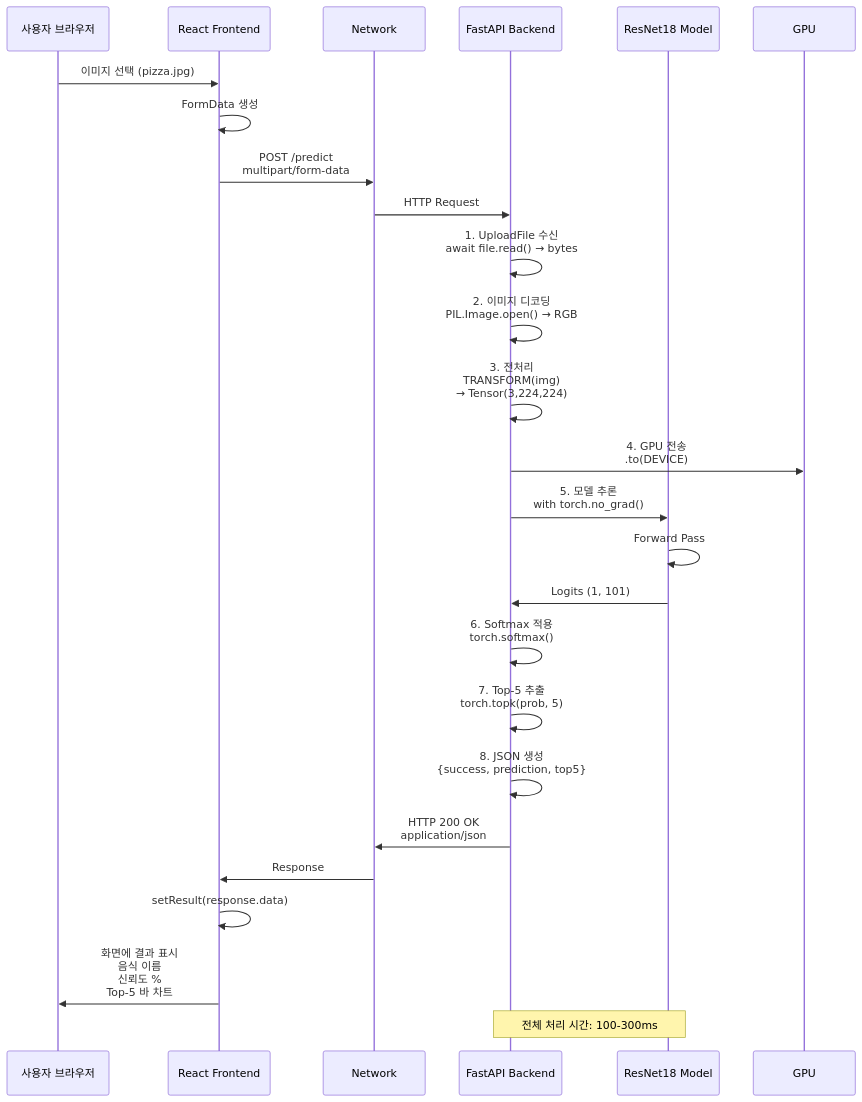
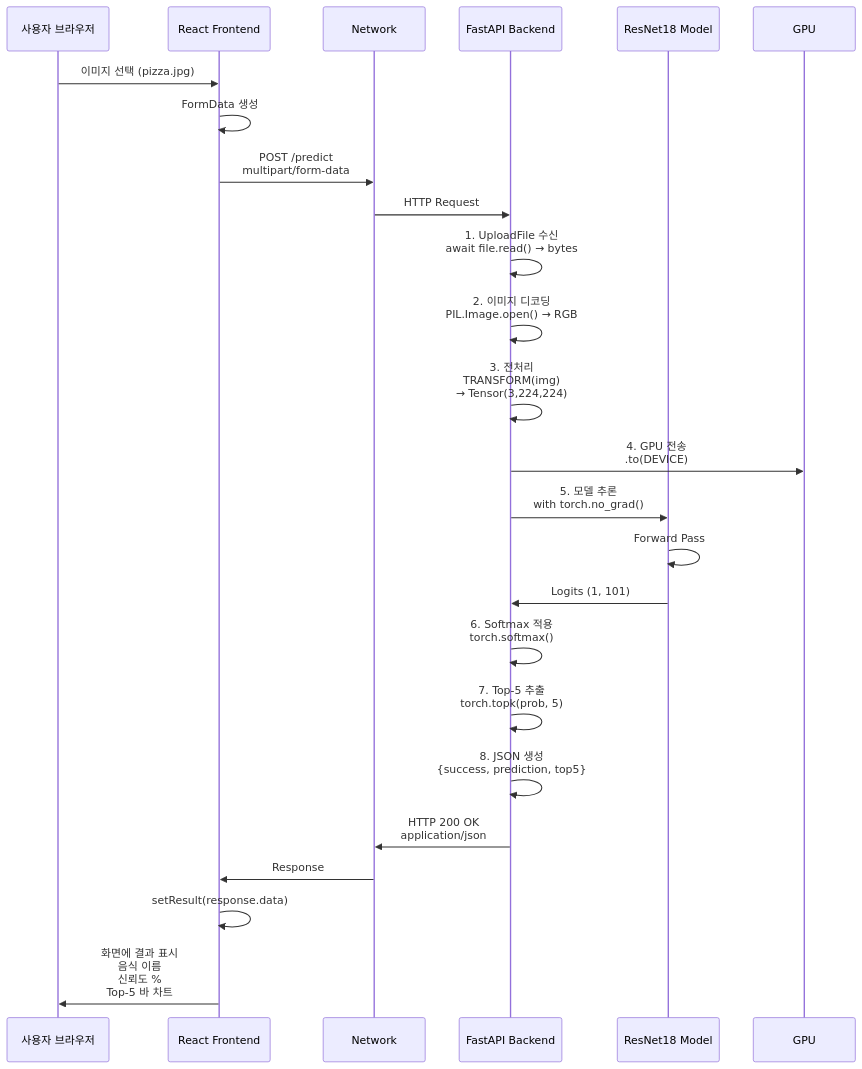
One commit to 15tkdgns/cnn changed the fourth of 11 diagrams in diagrams/PROJECT_FLOW_MERMAID.md. Above: the diagram before and after it, drawn with Mermaid. The commit also changed other lines of this file, not shown here.

First line of the commit message:
Refactor: Mermaid 다이어그램 검증 및 가독성 개선

````diff
--- a/diagrams/PROJECT_FLOW_MERMAID.md
+++ b/diagrams/PROJECT_FLOW_MERMAID.md
@@ -140,34 +140,32 @@
 ```mermaid
 sequenceDiagram
     participant U as 사용자 브라우저
     participant F as React Frontend
     participant N as Network
     participant B as FastAPI Backend
     participant M as ResNet18 Model
     participant G as GPU
 
     U->>F: 이미지 선택 (pizza.jpg)
     F->>F: FormData 생성
     F->>N: POST /predict<br/>multipart/form-data
     N->>B: HTTP Request
 
     B->>B: 1. UploadFile 수신<br/>await file.read() → bytes
     B->>B: 2. 이미지 디코딩<br/>PIL.Image.open() → RGB
     B->>B: 3. 전처리<br/>TRANSFORM(img)<br/>→ Tensor(3,224,224)
     B->>G: 4. GPU 전송<br/>.to(DEVICE)
 
     B->>M: 5. 모델 추론<br/>with torch.no_grad()
     M->>M: Forward Pass
     M->>B: Logits (1, 101)
 
     B->>B: 6. Softmax 적용<br/>torch.softmax()
     B->>B: 7. Top-5 추출<br/>torch.topk(prob, 5)
     B->>B: 8. JSON 생성<br/>{success, prediction, top5}
 
     B->>N: HTTP 200 OK<br/>application/json
     N->>F: Response
     F->>F: setResult(response.data)
     F->>U: 화면에 결과 표시<br/>음식 이름<br/>신뢰도 %<br/>Top-5 바 차트
-
-    Note over B,M: 전체 처리 시간: 100-300ms
 ```
````
